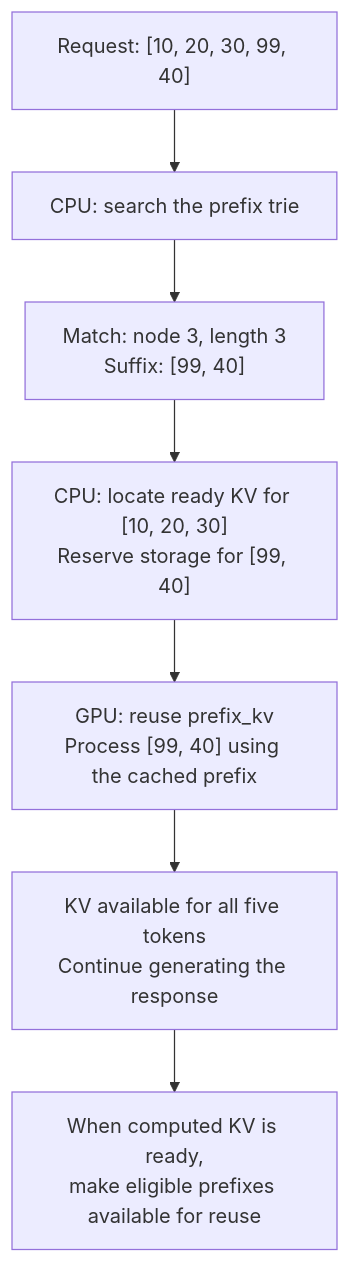
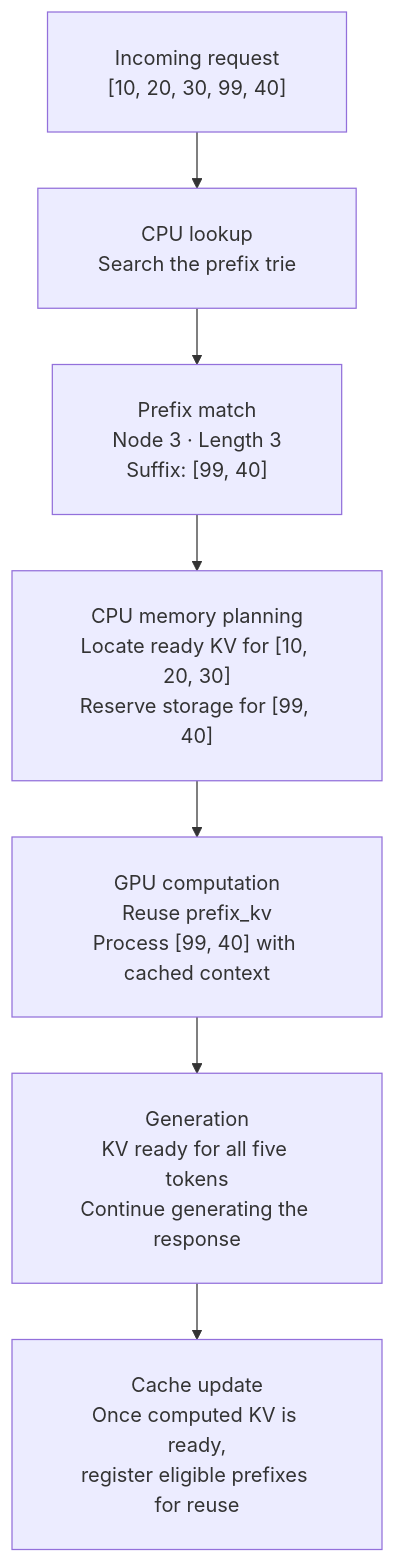
The second of 2 diagrams in study-plans/language-modeling-from-scratch/cs336-l18-kv-prefix-trie/cs336-l18-kv-prefix-trie.notes.md (udit4code/TensorTonic-Solutions), drawn with Mermaid before and after one commit. The commit also changed other lines of this file and 2 other files, not shown here.

````diff
--- a/study-plans/language-modeling-from-scratch/cs336-l18-kv-prefix-trie/cs336-l18-kv-prefix-trie.notes.md
+++ b/study-plans/language-modeling-from-scratch/cs336-l18-kv-prefix-trie/cs336-l18-kv-prefix-trie.notes.md
@@ -233,11 +234,12 @@
 ```mermaid
+%%{init: {"flowchart": {"htmlLabels": false, "padding": 24, "nodeSpacing": 40, "rankSpacing": 45}, "themeVariables": {"fontSize": "16px"}}}%%
 flowchart TD
-    A["Request: [10, 20, 30, 99, 40]"]
-    B["CPU: search the prefix trie"]
-    C["Match: node 3, length 3<br/>Suffix: [99, 40]"]
-    D["CPU: locate ready KV for [10, 20, 30]<br/>Reserve storage for [99, 40]"]
-    E["GPU: reuse prefix_kv<br/>Process [99, 40] using the cached prefix"]
-    F["KV available for all five tokens<br/>Continue generating the response"]
-    G["When computed KV is ready,<br/>make eligible prefixes available for reuse"]
+    A["Incoming request<br/>[10, 20, 30, 99, 40]"]
+    B["CPU lookup<br/>Search the prefix trie"]
+    C["Prefix match<br/>Node 3 · Length 3<br/>Suffix: [99, 40]"]
+    D["CPU memory planning<br/>Locate ready KV for [10, 20, 30]<br/>Reserve storage for [99, 40]"]
+    E["GPU computation<br/>Reuse prefix_kv<br/>Process [99, 40] with cached context"]
+    F["Generation<br/>KV ready for all five tokens<br/>Continue generating the response"]
+    G["Cache update<br/>Once computed KV is ready,<br/>register eligible prefixes for reuse"]
     A --> B --> C --> D --> E --> F --> G
 ```
````
